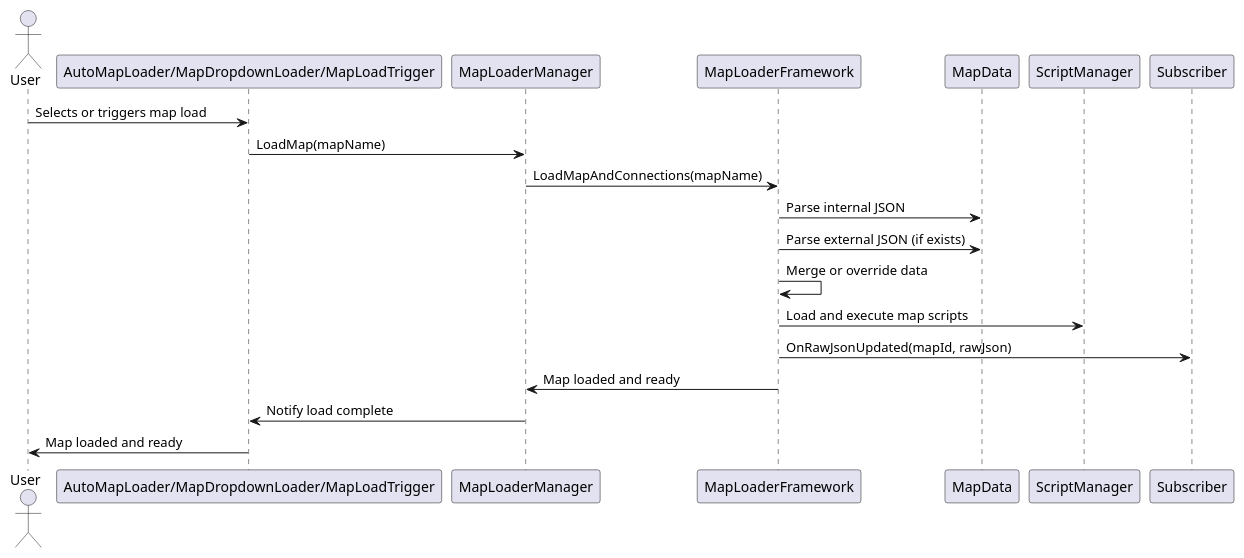
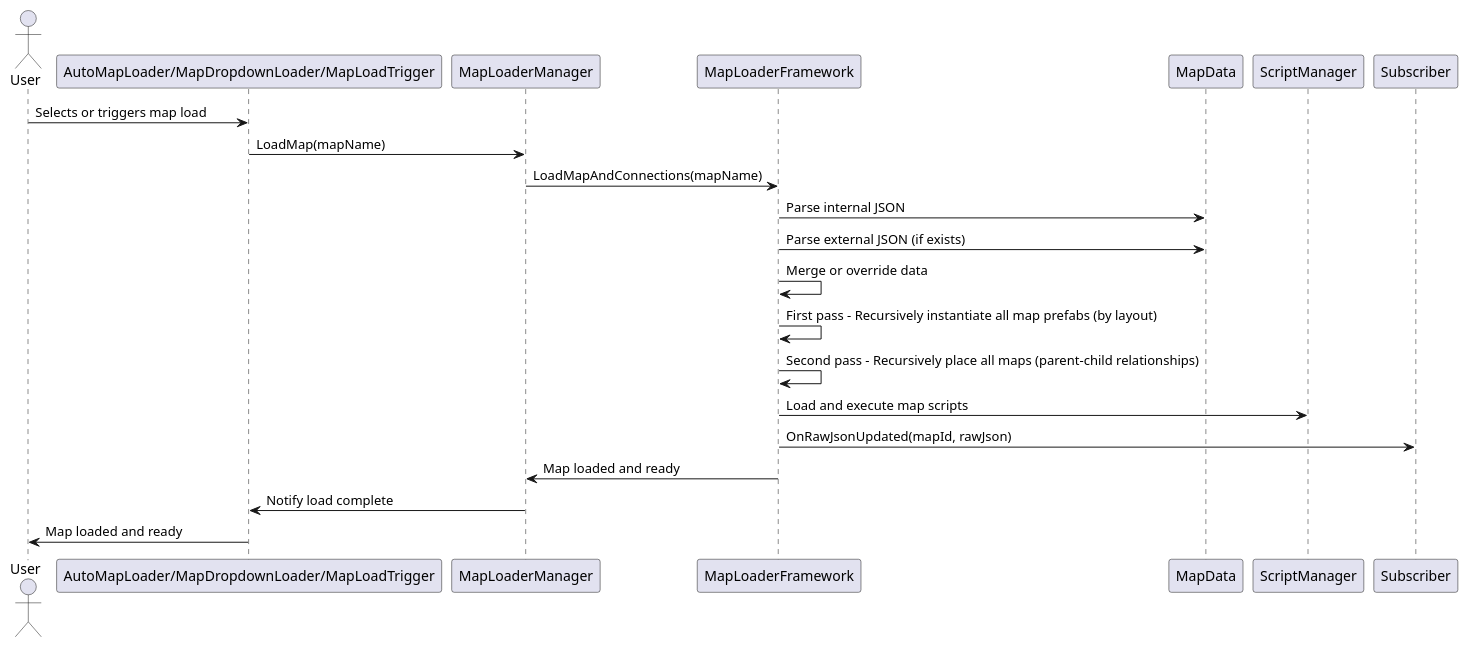
Before and after one commit to RolandKaechele/MapLoaderFramework: the diagram in Documentation/MapLoaderFramework_LoadSequence.puml, drawn with PlantUML. The commit also changed 8 other files, not shown here.

Commit message:
mapConnectionDepth introduced, maps which aren't in range won't be added and removed if a map change was performed

```diff
--- a/Documentation/MapLoaderFramework_LoadSequence.puml
+++ b/Documentation/MapLoaderFramework_LoadSequence.puml
@@ -1,21 +1,23 @@
 @startuml MapLoaderFramework_LoadSequence
 
 actor User
 participant "AutoMapLoader/MapDropdownLoader/MapLoadTrigger" as Loader
 participant MapLoaderManager
 participant MapLoaderFramework
 participant MapData
 participant ScriptManager
 
 User -> Loader: Selects or triggers map load
 Loader -> MapLoaderManager: LoadMap(mapName)
 MapLoaderManager -> MapLoaderFramework: LoadMapAndConnections(mapName)
 MapLoaderFramework -> MapData: Parse internal JSON
 MapLoaderFramework -> MapData: Parse external JSON (if exists)
 MapLoaderFramework -> MapLoaderFramework: Merge or override data
+MapLoaderFramework -> MapLoaderFramework: First pass - Recursively instantiate all map prefabs (by layout)
+MapLoaderFramework -> MapLoaderFramework: Second pass - Recursively place all maps (parent-child relationships)
 MapLoaderFramework -> ScriptManager: Load and execute map scripts
 MapLoaderFramework -> Subscriber: OnRawJsonUpdated(mapId, rawJson)
 MapLoaderFramework -> MapLoaderManager: Map loaded and ready
 MapLoaderManager -> Loader: Notify load complete
 Loader -> User: Map loaded and ready
 @enduml
```
